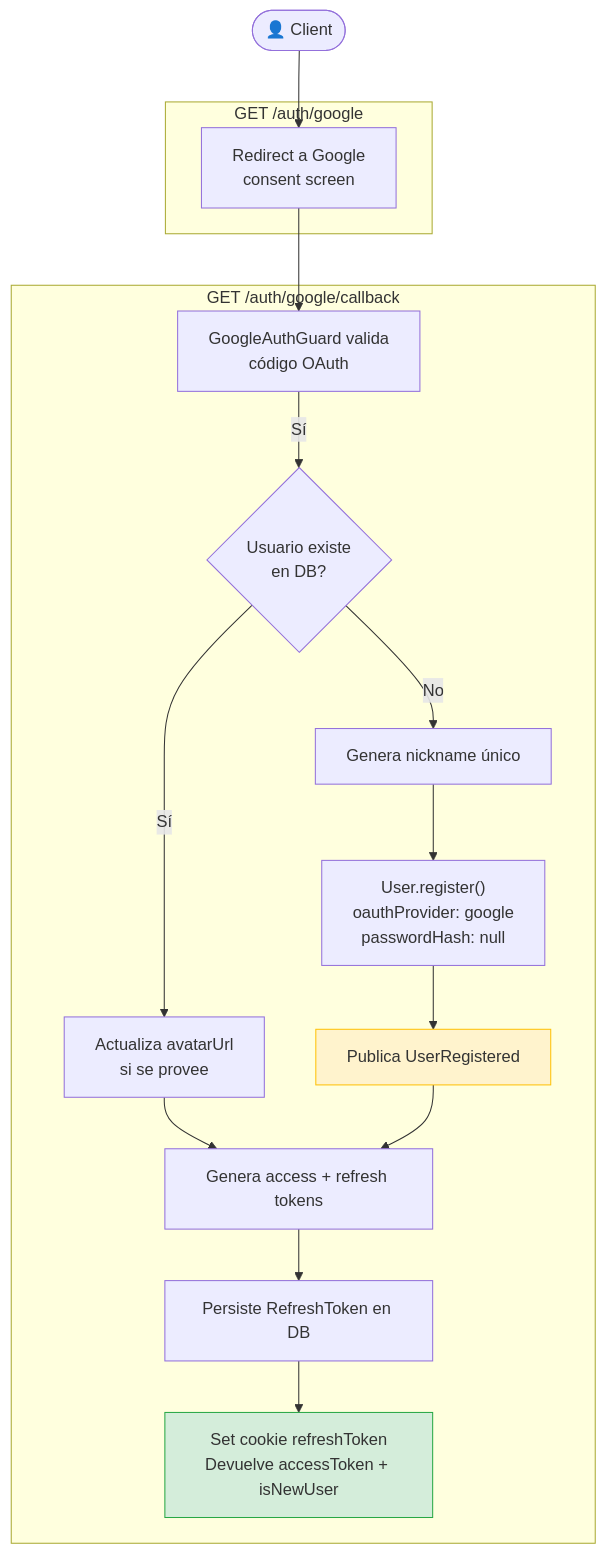
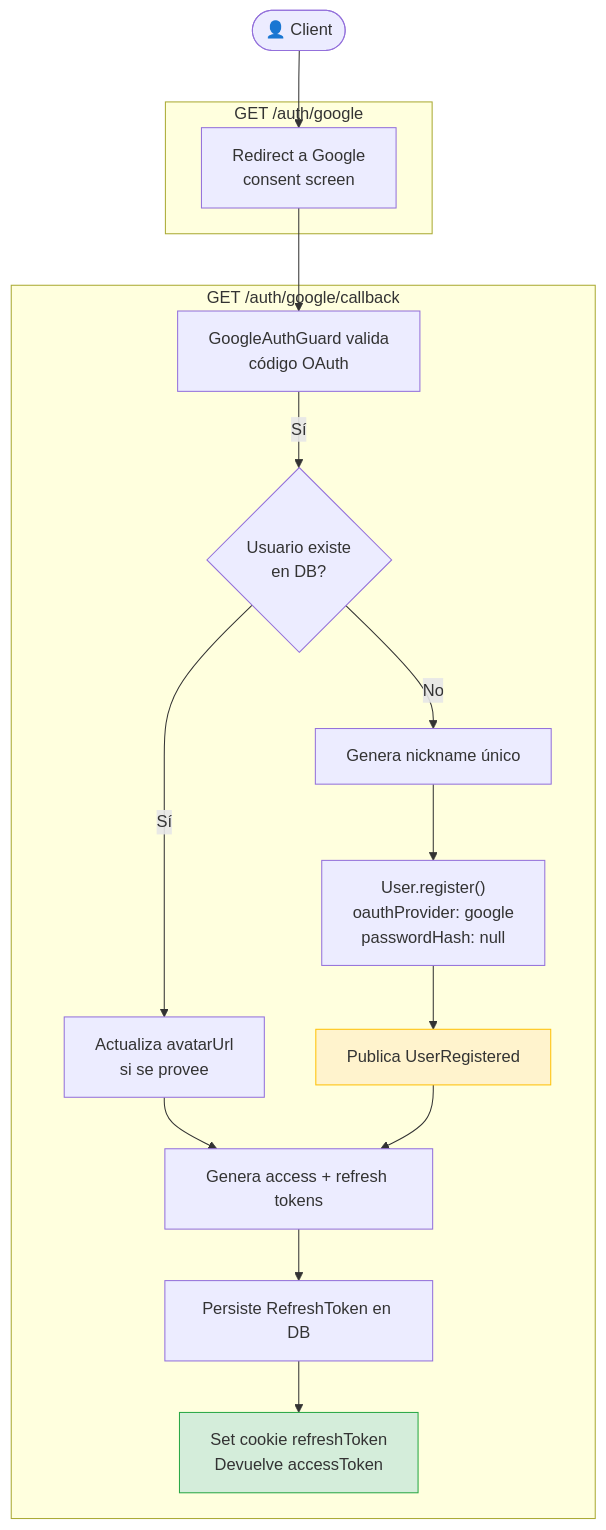
Before and after one commit to AbrahamVilchesDeLaCruz/ididntcatchthat: the diagram in docs/apps/api/identity/google-oauth/usecases.md, drawn with Mermaid. The commit also changed other lines of this file and 9 other files, not shown here.

````diff
--- a/docs/apps/api/identity/google-oauth/usecases.md
+++ b/docs/apps/api/identity/google-oauth/usecases.md
@@ -3,29 +3,29 @@
 ```mermaid
 graph TD
     Client(["👤 Client"])
 
     subgraph "GET /auth/google"
         A["Redirect a Google<br/>consent screen"]
     end
 
     subgraph "GET /auth/google/callback"
         B["GoogleAuthGuard valida<br/>código OAuth"]
         C{"Usuario existe<br/>en DB?"}
         D["Actualiza avatarUrl<br/>si se provee"]
         E["Genera nickname único"]
         F["User.register()<br/>oauthProvider: google<br/>passwordHash: null"]
         G["Publica UserRegistered"]
         H["Genera access + refresh tokens"]
         I["Persiste RefreshToken en DB"]
-        J["Set cookie refreshToken<br/>Devuelve accessToken + isNewUser"]
+        J["Set cookie refreshToken<br/>Devuelve accessToken"]
     end
 
     Client --> A --> B
     B -- Sí --> C
     C -- Sí --> D --> H
     C -- No --> E --> F --> G --> H
     H --> I --> J
 
     style G fill:#fff3cd,stroke:#ffc107
     style J fill:#d4edda,stroke:#28a745
 ```
````
